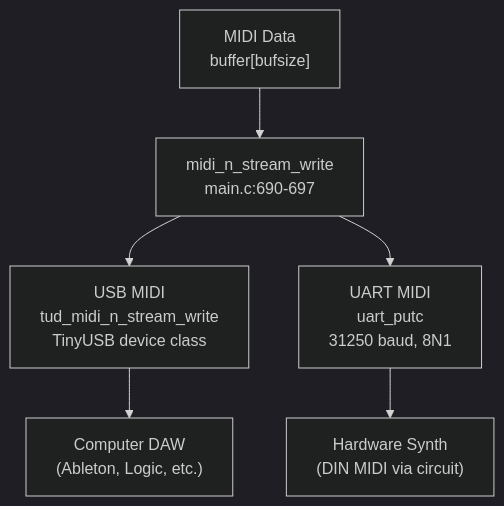
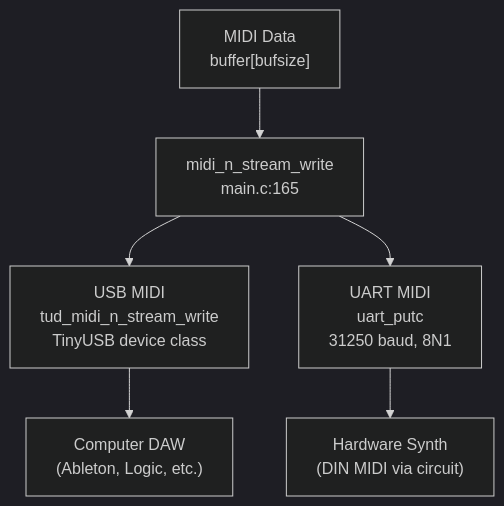
Before and after one commit to Jus-Be/orinayo-pico: the sixth of 7 diagrams in wiki/1-orinayo-overview.md, drawn with Mermaid (dark theme). The commit also changed other lines of this file and 42 other files, not shown here.

````diff
--- a/wiki/1-orinayo-overview.md
+++ b/wiki/1-orinayo-overview.md
@@ -275,16 +316,16 @@
 ```mermaid
 flowchart TD
 
 Input["MIDI Data<br>buffer[bufsize]"]
-Function["midi_n_stream_write<br>main.c:690-697"]
+Function["midi_n_stream_write<br>main.c:165"]
 USB["USB MIDI<br>tud_midi_n_stream_write<br>TinyUSB device class"]
 UART["UART MIDI<br>uart_putc<br>31250 baud, 8N1"]
 DAW["Computer DAW<br>(Ableton, Logic, etc.)"]
 Synth["Hardware Synth<br>(DIN MIDI via circuit)"]
 
 Input --> Function
 Function --> USB
 Function --> UART
 USB --> DAW
 UART --> Synth
 ```
````
